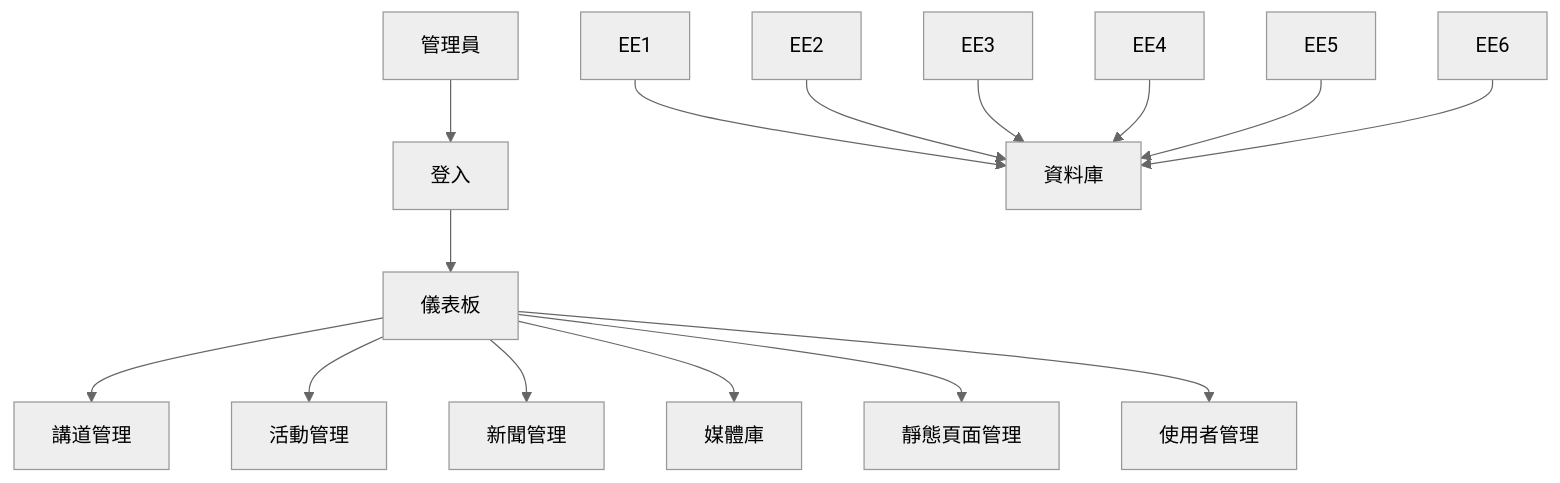
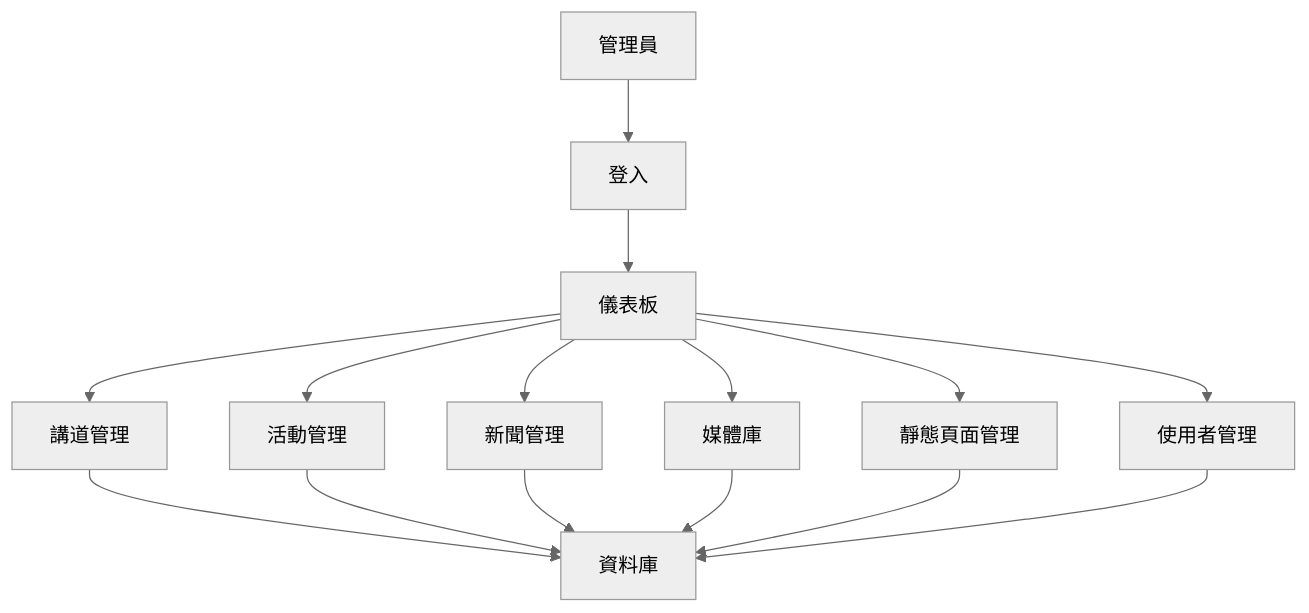
Before and after one commit to yy3p9tw/2025_PHP_work: the second of 2 diagrams in church_website/church_website_spec.md, drawn with Mermaid (neutral theme). The commit also changed other lines of this file and 2 other files, not shown here.

````diff
--- a/church_website/church_website_spec.md
+++ b/church_website/church_website_spec.md
@@ -224,12 +224,12 @@
 ```mermaid
 flowchart TD
   AA[管理員] --> BB[登入]
   BB --> CC[儀表板]
   CC --> DD1[講道管理]
   CC --> DD2[活動管理]
   CC --> DD3[新聞管理]
   CC --> DD4[媒體庫]
   CC --> DD5[靜態頁面管理]
   CC --> DD6[使用者管理]
-  EE1 & EE2 & EE3 & EE4 & EE5 & EE6 --> FF[資料庫]
+  DD1 & DD2 & DD3 & DD4 & DD5 & DD6 --> FF[資料庫]
 ```
````
